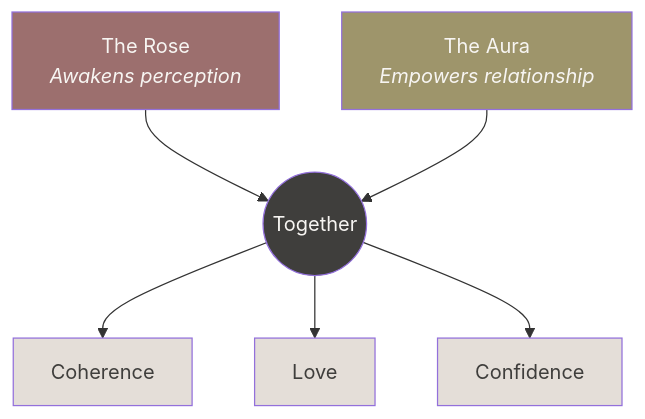
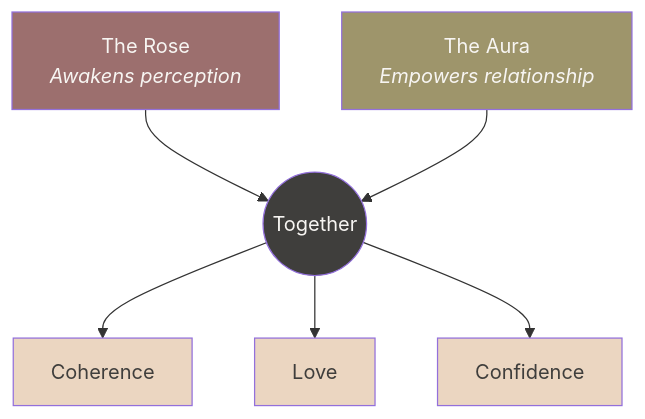
Diagram 18 of 28 in docs/brand/brand-dna.md (Light-Brands/roses-os), drawn with Mermaid before and after one commit. The commit also changed other lines of this file and 2 other files, not shown here.

````diff
--- a/docs/brand/brand-dna.md
+++ b/docs/brand/brand-dna.md
@@ -989,19 +989,19 @@
 ```mermaid
 graph TD
     ROSE["The Rose<br/><i>Awakens perception</i>"]
     AURA["The Aura<br/><i>Empowers relationship</i>"]
 
     ROSE --> SYNERGY((Together))
     AURA --> SYNERGY
 
     SYNERGY --> COH["Coherence"]
     SYNERGY --> LOV["Love"]
     SYNERGY --> CON["Confidence"]
 
     style ROSE fill:#9C6F6E,color:#F7F5F2
     style AURA fill:#9E956B,color:#F7F5F2
     style SYNERGY fill:#3F3E3C,color:#F7F5F2
-    style COH fill:#E4DED8,color:#3F3E3C
-    style LOV fill:#E4DED8,color:#3F3E3C
-    style CON fill:#E4DED8,color:#3F3E3C
+    style COH fill:#EBD6C1,color:#3F3E3C
+    style LOV fill:#EBD6C1,color:#3F3E3C
+    style CON fill:#EBD6C1,color:#3F3E3C
 ```
````
